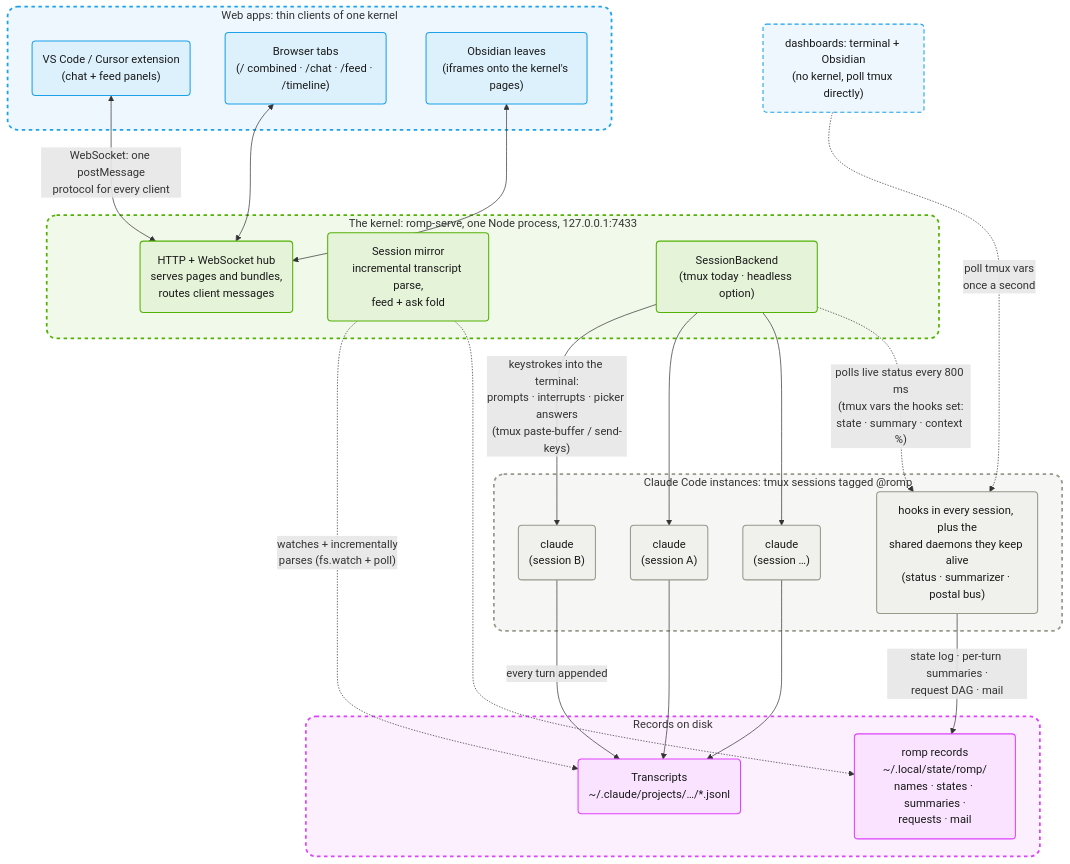
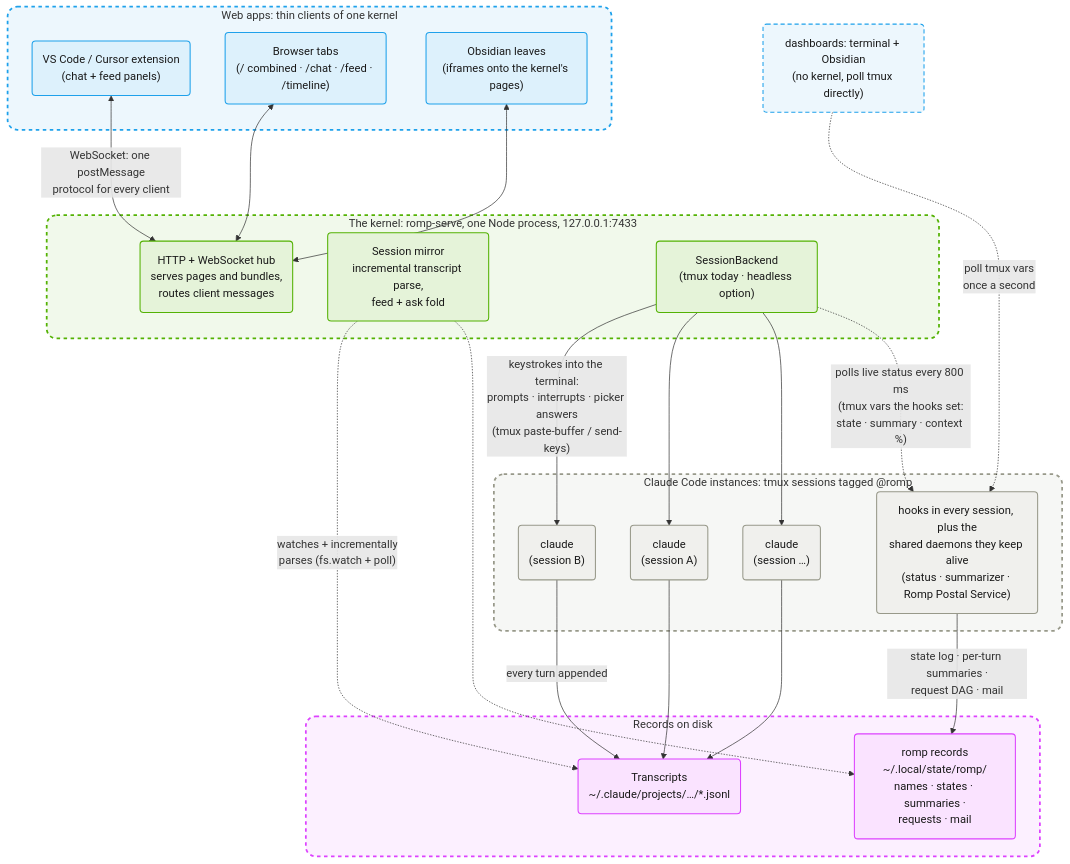
The first of 3 diagrams in docs/figures.md (Chris-mian/romp), drawn with Mermaid before and after one commit. The commit also changed other lines of this file and 4 other files, not shown here.

First line of the commit message:
docs: name the peer-messaging system 'Romp Postal Service' consistently

````diff
--- a/docs/figures.md
+++ b/docs/figures.md
@@ -31,69 +31,69 @@
 ```mermaid
 flowchart TB
   subgraph APPS["Web apps: thin clients of one kernel"]
     VSCODE("VS Code / Cursor extension<br/>(chat + feed panels)")
     BROWSER("Browser tabs<br/>(/ combined · /chat · /feed · /timeline)")
     OBSIDIAN("Obsidian leaves<br/>(iframes onto the kernel's pages)")
   end
 
   DASH("dashboards: terminal + Obsidian<br/>(no kernel, poll tmux directly)")
 
   subgraph KERNEL["The kernel: romp-serve, one Node process, 127.0.0.1:7433"]
     HUB("HTTP + WebSocket hub<br/>serves pages and bundles,<br/>routes client messages")
     MIRROR("Session mirror<br/>incremental transcript parse,<br/>feed + ask fold")
     BACKEND("SessionBackend<br/>(tmux today · headless option)")
   end
 
   subgraph SESSIONS["Claude Code instances: tmux sessions tagged @romp"]
     SA("claude<br/>(session A)")
     SB("claude<br/>(session B)")
     SC("claude<br/>(session …)")
-    HOOKS("hooks in every session, plus the<br/>shared daemons they keep alive<br/>(status · summarizer · postal bus)")
+    HOOKS("hooks in every session, plus the<br/>shared daemons they keep alive<br/>(status · summarizer · Romp Postal Service)")
   end
 
   subgraph DISK["Records on disk"]
     TR("Transcripts<br/>~/.claude/projects/…/*.jsonl")
     REC("romp records<br/>~/.local/state/romp/<br/>names · states · summaries ·<br/>requests · mail")
   end
 
   %% clients ⇄ kernel: one protocol
   VSCODE <-->|"WebSocket: one postMessage<br/>protocol for every client"| HUB
   BROWSER <--> HUB
   OBSIDIAN <--> HUB
   DASH -.->|"poll tmux vars<br/>once a second"| HOOKS
 
   %% kernel → sessions: drives them by typing (solid = writes/commands)
   BACKEND -->|"keystrokes into the terminal:<br/>prompts · interrupts · picker answers<br/>(tmux paste-buffer / send-keys)"| SB
   BACKEND --> SA
   BACKEND --> SC
 
   %% kernel reads (dotted = watches/polls, never writes)
   BACKEND -.->|"polls live status every 800 ms<br/>(tmux vars the hooks set:<br/>state · summary · context %)"| HOOKS
   MIRROR -.->|"watches + incrementally<br/>parses (fs.watch + poll)"| TR
   MIRROR -.-> REC
 
   %% sessions → disk: what Claude Code writes
   SB -->|"every turn appended"| TR
   SA --> TR
   SC --> TR
   HOOKS -->|"state log · per-turn summaries ·<br/>request DAG · mail"| REC
 
   %% invisible edges: pin tiers
   BROWSER ~~~ MIRROR
   DASH ~~~ BACKEND
 
   classDef app fill:#DDF1FC,stroke:#1EA1EB,stroke-width:1.5px,color:#1a1a1a
   classDef appAlt fill:#EDF7FD,stroke:#1EA1EB,stroke-width:1.5px,stroke-dasharray:6 4,color:#1a1a1a
   classDef kern fill:#E5F3D9,stroke:#54B204,stroke-width:1.5px,color:#1a1a1a
   classDef sess fill:#F0F0ED,stroke:#98998A,stroke-width:1.5px,color:#1a1a1a
   classDef rec fill:#FAE3FF,stroke:#DD42FF,stroke-width:1.5px,color:#1a1a1a
   class VSCODE,BROWSER,OBSIDIAN app
   class DASH appAlt
   class HUB,MIRROR,BACKEND kern
   class SA,SB,SC,HOOKS sess
   class TR,REC rec
   style APPS fill:#EDF7FD,stroke:#1EA1EB,stroke-width:2.5px,stroke-dasharray:5 5,rx:14px,ry:14px
   style KERNEL fill:#F1F9EB,stroke:#54B204,stroke-width:2.5px,stroke-dasharray:5 5,rx:14px,ry:14px
   style SESSIONS fill:#F6F7F5,stroke:#98998A,stroke-width:2.5px,stroke-dasharray:5 5,rx:14px,ry:14px
   style DISK fill:#FCF0FF,stroke:#DD42FF,stroke-width:2.5px,stroke-dasharray:5 5,rx:14px,ry:14px
 ```
````
